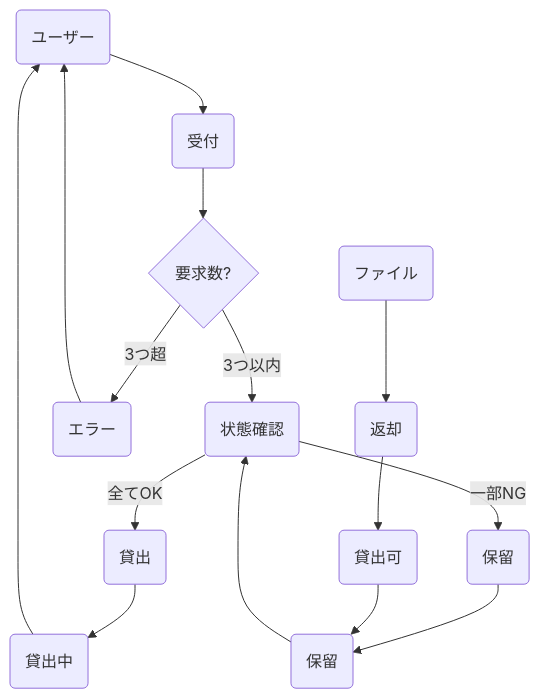
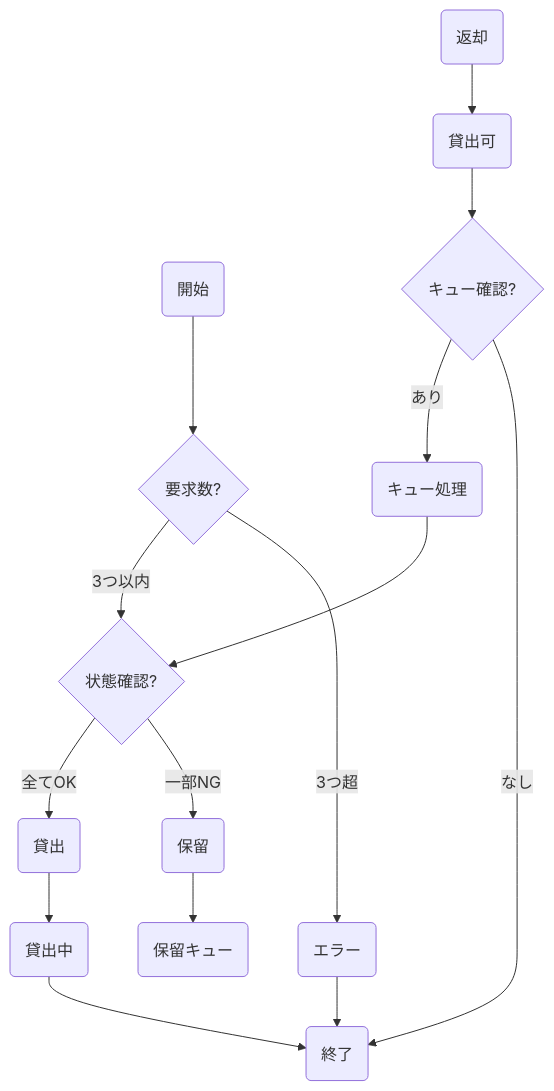
Before and after one commit to mo8-4989/-: the diagram in 2.綺麗なフロー.md, drawn with Mermaid.

````diff
--- a/2.綺麗なフロー.md
+++ b/2.綺麗なフロー.md
@@ -2,18 +2,18 @@
 ```mermaid
 graph TD
-    A(ユーザー) --> B(受付);
-    B --> C{要求数?};
-    C -- 3つ以内 --> D(状態確認);
-    C -- 3つ超 --> E(エラー);
-    D -- 全てOK --> F(貸出);
-    D -- 一部NG --> G(保留);
-    F --> H(貸出中);
-    G --> I(保留);
-    I --> D;
-    H --> A;
-    E --> A;
-    J(ファイル) --> K(返却);
-    K --> L(貸出可);
-    L --> I;
+    A(開始) --> B{要求数?};
+    B -- 3つ以内 --> C{状態確認?};
+    B -- 3つ超 --> D(エラー);
+    C -- 全てOK --> E(貸出);
+    C -- 一部NG --> F(保留);
+    E --> G(貸出中);
+    F --> H(保留キュー);
+    I(返却) --> J(貸出可);
+    J --> K{キュー確認?};
+    K -- あり --> L(キュー処理);
+    K -- なし --> M(終了);
+    L --> C;
+    G --> M;
+    D --> M;
 
 ```
````
